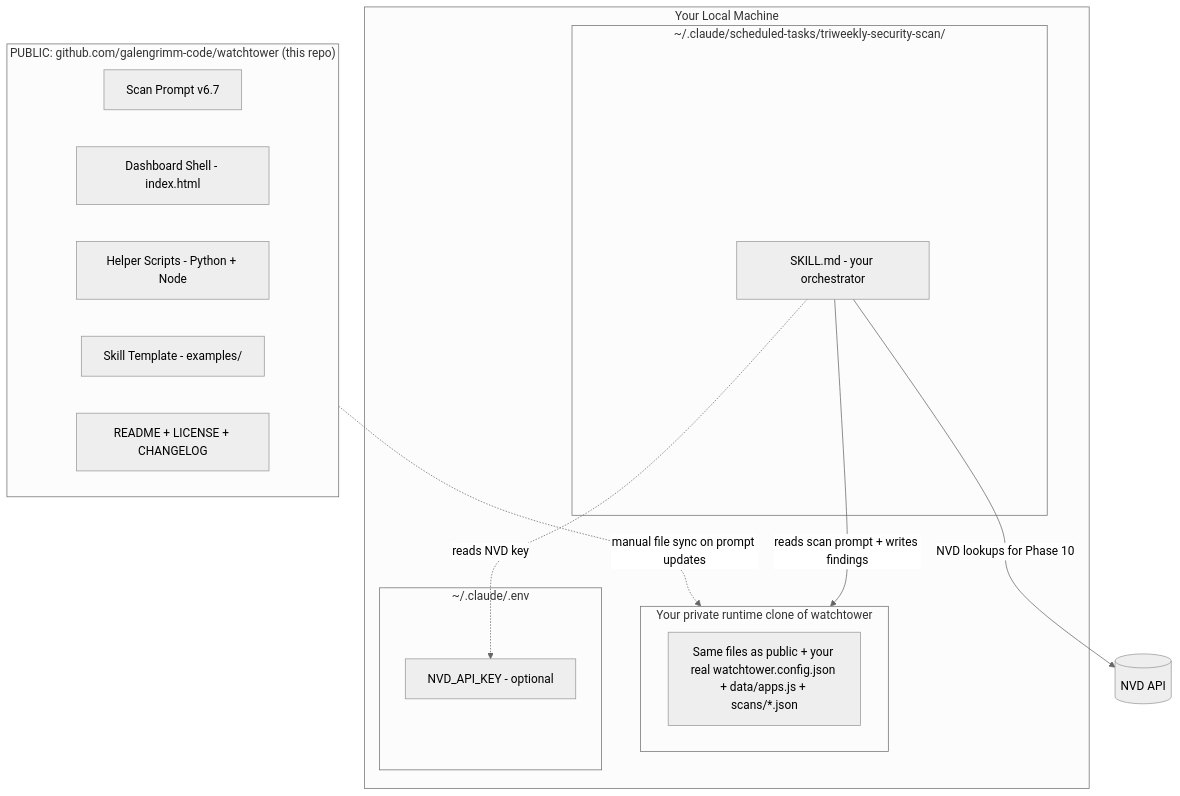
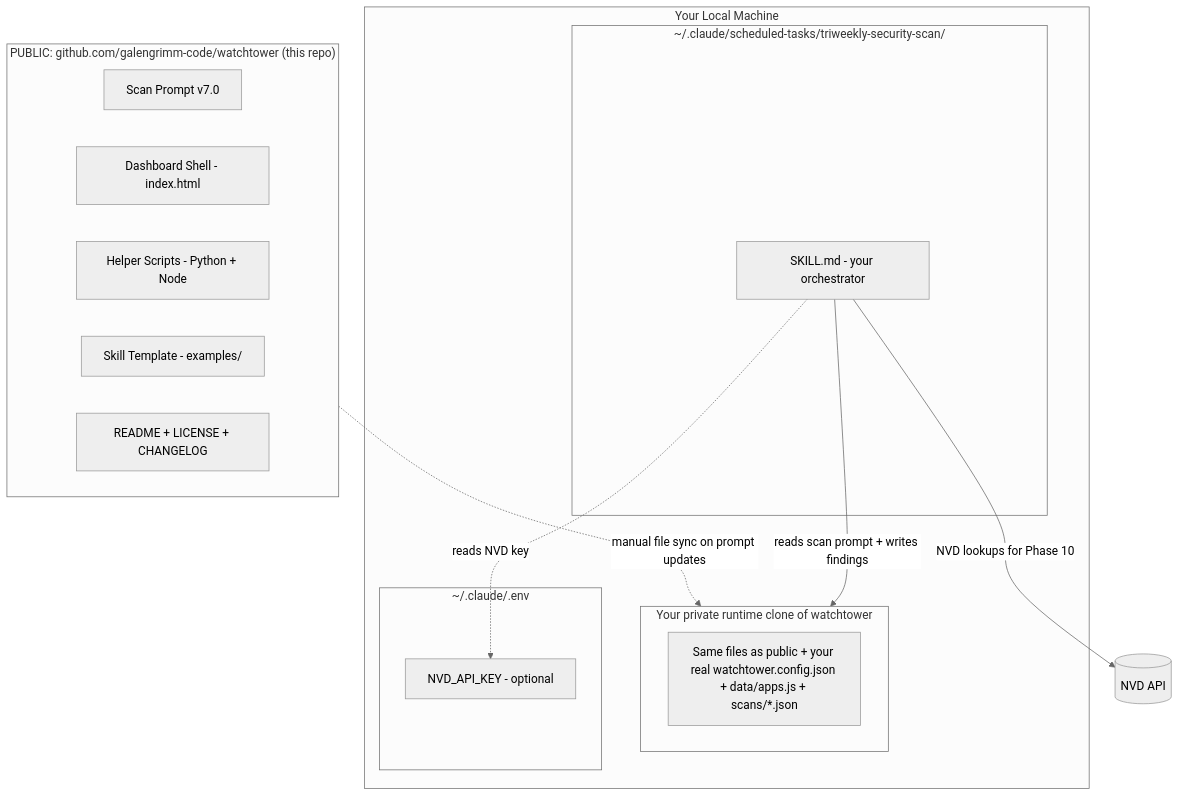
One commit to galengrimm-code/watchtower changed the first of 2 diagrams in README.md. Above: the diagram before and after it, drawn with Mermaid (neutral theme). The commit also changed other lines of this file and 5 other files, not shown here.

````diff
--- a/README.md
+++ b/README.md
@@ -35,29 +35,29 @@
 ```mermaid
 graph TB
     subgraph public["PUBLIC: github.com/galengrimm-code/watchtower (this repo)"]
-        Prompt[Scan Prompt v6.7]
+        Prompt[Scan Prompt v7.0]
         Shell[Dashboard Shell - index.html]
         Scripts[Helper Scripts - Python + Node]
         Template[Skill Template - examples/]
         Docs[README + LICENSE + CHANGELOG]
     end
 
     subgraph local["Your Local Machine"]
         subgraph private["Your private runtime clone of watchtower"]
             Clone[Same files as public + your real watchtower.config.json + data/apps.js + scans/*.json]
         end
 
         subgraph skillhome["~/.claude/scheduled-tasks/triweekly-security-scan/"]
             Skill[SKILL.md - your orchestrator]
         end
 
         subgraph env["~/.claude/.env"]
             Secrets[NVD_API_KEY - optional]
         end
     end
 
     public -.->|"manual file sync on prompt updates"| private
     Skill -->|"reads scan prompt + writes findings"| private
     Skill -.->|"reads NVD key"| Secrets
     Skill -->|"NVD lookups for Phase 10"| NVD[(NVD API)]
 ```
````
